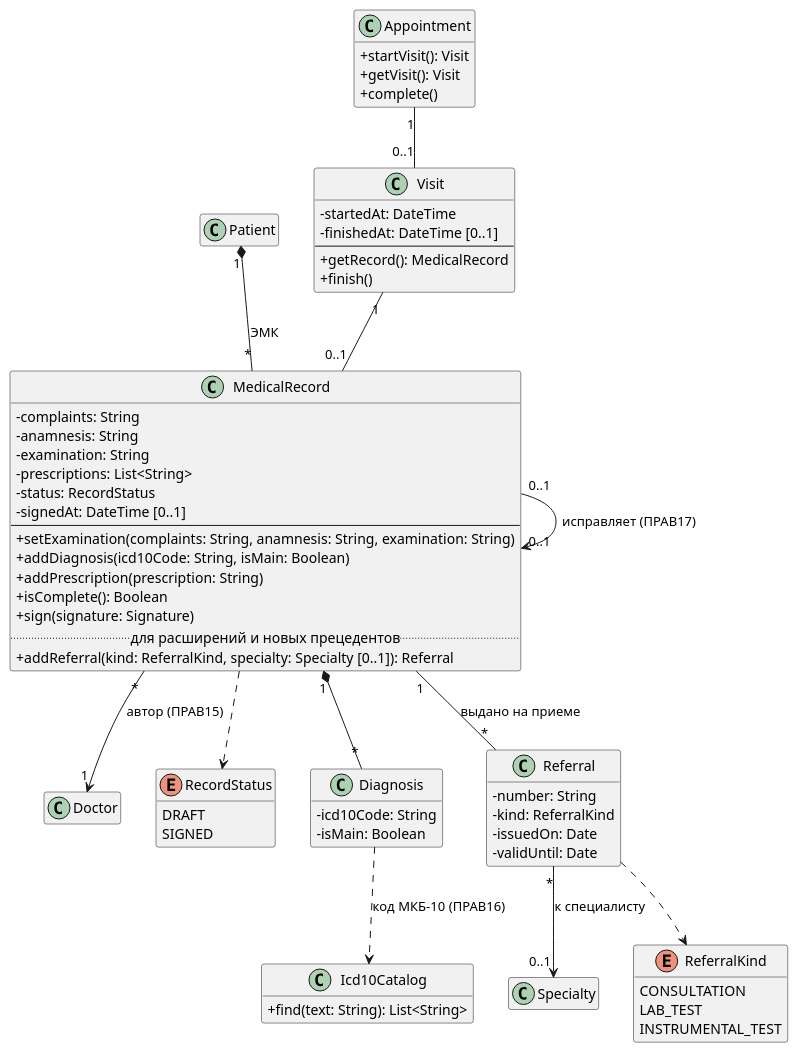
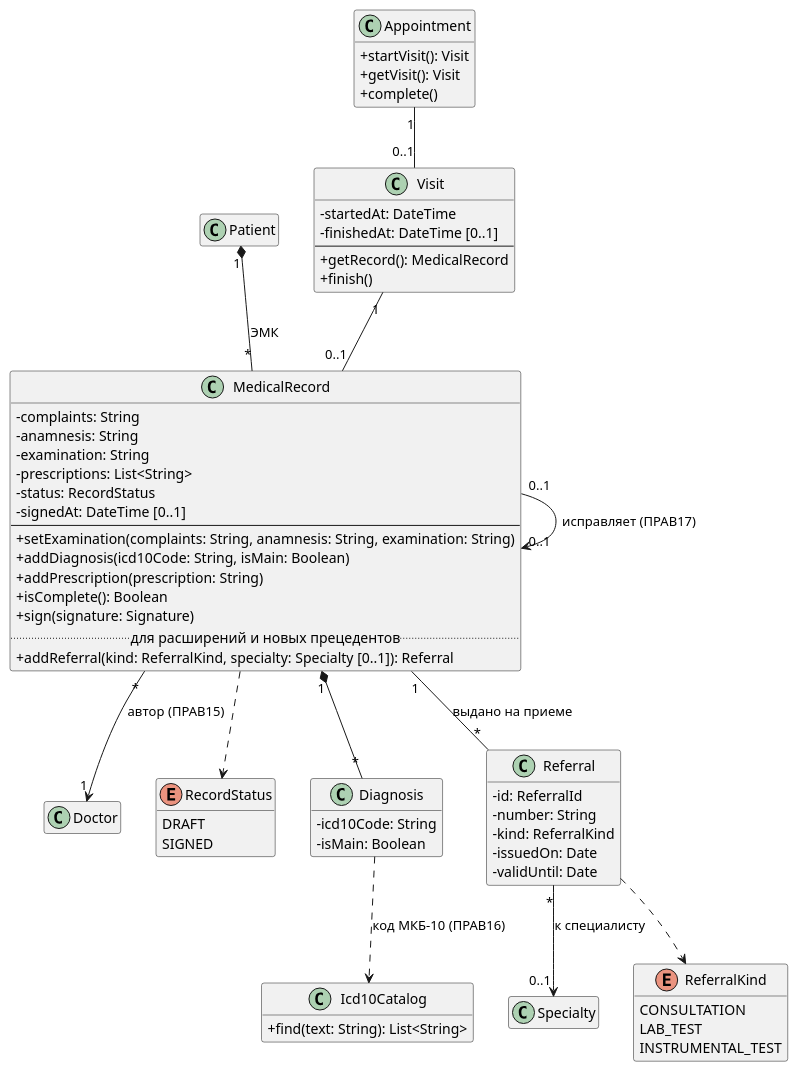
Before and after one commit to penamarth/bsbo-11-24_team3_var3_clinic: the seventh of 8 diagrams in Диаграмма классов.md, drawn with PlantUML. The commit also changed other lines of this file and 3 other files, not shown here.

````diff
--- a/Диаграмма классов.md
+++ b/Диаграмма классов.md
@@ -434,73 +435,74 @@
 ```plantuml
 @startuml classes-visit
 skinparam classAttributeIconSize 0
 hide empty members
 
 class Patient
 class Appointment {
   + startVisit(): Visit
   + getVisit(): Visit
   + complete()
 }
 class Doctor
 class Specialty
 class Visit {
   - startedAt: DateTime
   - finishedAt: DateTime [0..1]
   --
   + getRecord(): MedicalRecord
   + finish()
 }
 class MedicalRecord {
   - complaints: String
   - anamnesis: String
   - examination: String
   - prescriptions: List<String>
   - status: RecordStatus
   - signedAt: DateTime [0..1]
   --
   + setExamination(complaints: String, anamnesis: String, examination: String)
   + addDiagnosis(icd10Code: String, isMain: Boolean)
   + addPrescription(prescription: String)
   + isComplete(): Boolean
   + sign(signature: Signature)
   .. для расширений и новых прецедентов ..
   + addReferral(kind: ReferralKind, specialty: Specialty [0..1]): Referral
 }
 enum RecordStatus {
   DRAFT
   SIGNED
 }
 class Diagnosis {
   - icd10Code: String
   - isMain: Boolean
 }
 class Referral {
+  - id: ReferralId
   - number: String
   - kind: ReferralKind
   - issuedOn: Date
   - validUntil: Date
 }
 enum ReferralKind {
   CONSULTATION
   LAB_TEST
   INSTRUMENTAL_TEST
 }
 class Icd10Catalog {
   + find(text: String): List<String>
 }
 
 Patient "1" *-- "*" MedicalRecord : ЭМК
 MedicalRecord "1" *-- "*" Diagnosis
 MedicalRecord "0..1" --> "0..1" MedicalRecord : исправляет (ПРАВ17)
 MedicalRecord ..> RecordStatus
 Appointment "1" -- "0..1" Visit
 Visit "1" -- "0..1" MedicalRecord
 MedicalRecord "*" --> "1" Doctor : автор (ПРАВ15)
 MedicalRecord "1" -- "*" Referral : выдано на приеме
 Referral "*" --> "0..1" Specialty : к специалисту
 Referral ..> ReferralKind
 Diagnosis ..> Icd10Catalog : код МКБ-10 (ПРАВ16)
 
 @enduml
 ```
````
